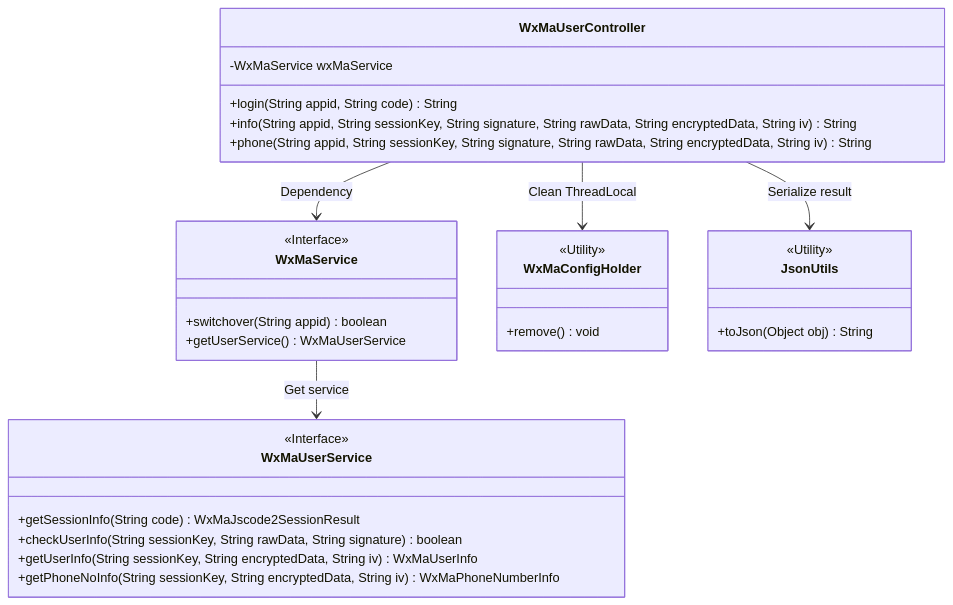
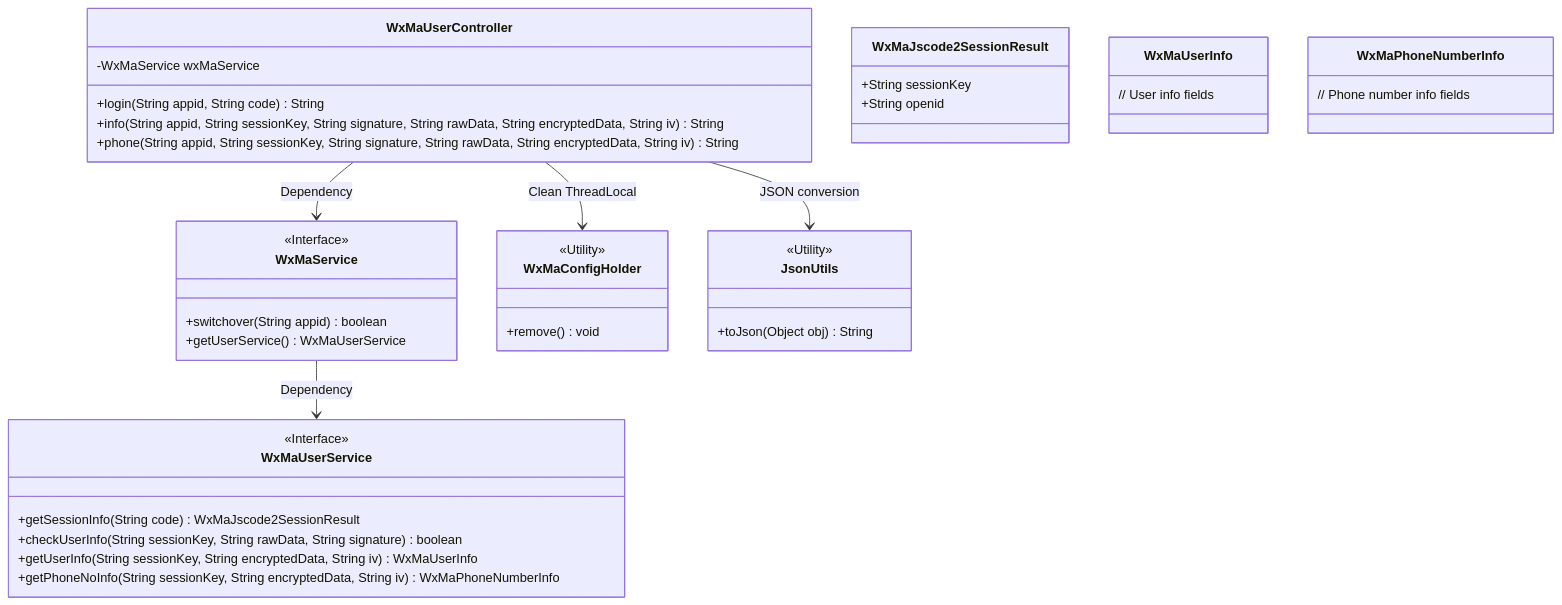
Before and after one commit to v-wjrong/rongwj666_weixin-java-miniapp-demo: the first of 2 diagrams in docs/en/docs/src/main/java/com/github/binarywang/demo/wx/miniapp/controller/WxMaUserController.md, drawn with Mermaid. The commit also changed other lines of this file and 42 other files, not shown here.

````diff
--- a/docs/en/docs/src/main/java/com/github/binarywang/demo/wx/miniapp/controller/WxMaUserController.md
+++ b/docs/en/docs/src/main/java/com/github/binarywang/demo/wx/miniapp/controller/WxMaUserController.md
@@ -36,38 +36,51 @@
 ```mermaid
 classDiagram
     class WxMaUserController {
         -WxMaService wxMaService
         +login(String appid, String code) String
         +info(String appid, String sessionKey, String signature, String rawData, String encryptedData, String iv) String
         +phone(String appid, String sessionKey, String signature, String rawData, String encryptedData, String iv) String
     }
 
     class WxMaService {
         <<Interface>>
         +switchover(String appid) boolean
         +getUserService() WxMaUserService
     }
 
     class WxMaUserService {
         <<Interface>>
         +getSessionInfo(String code) WxMaJscode2SessionResult
         +checkUserInfo(String sessionKey, String rawData, String signature) boolean
         +getUserInfo(String sessionKey, String encryptedData, String iv) WxMaUserInfo
         +getPhoneNoInfo(String sessionKey, String encryptedData, String iv) WxMaPhoneNumberInfo
     }
 
+    class WxMaJscode2SessionResult {
+        +String sessionKey
+        +String openid
+    }
+
+    class WxMaUserInfo {
+        // User info fields
+    }
+
+    class WxMaPhoneNumberInfo {
+        // Phone number info fields
+    }
+
     class WxMaConfigHolder {
         <<Utility>>
         +remove() void
     }
 
     class JsonUtils {
         <<Utility>>
         +toJson(Object obj) String
     }
 
     WxMaUserController --> WxMaService : Dependency
+    WxMaService --> WxMaUserService : Dependency
     WxMaUserController --> WxMaConfigHolder : Clean ThreadLocal
-    WxMaUserController --> JsonUtils : Serialize result
-    WxMaService --> WxMaUserService : Get service
+    WxMaUserController --> JsonUtils : JSON conversion
 ```
````
